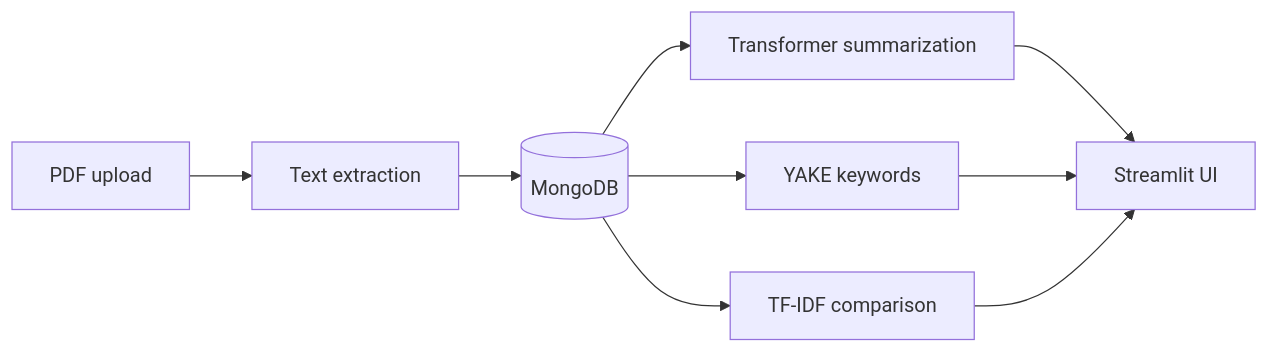
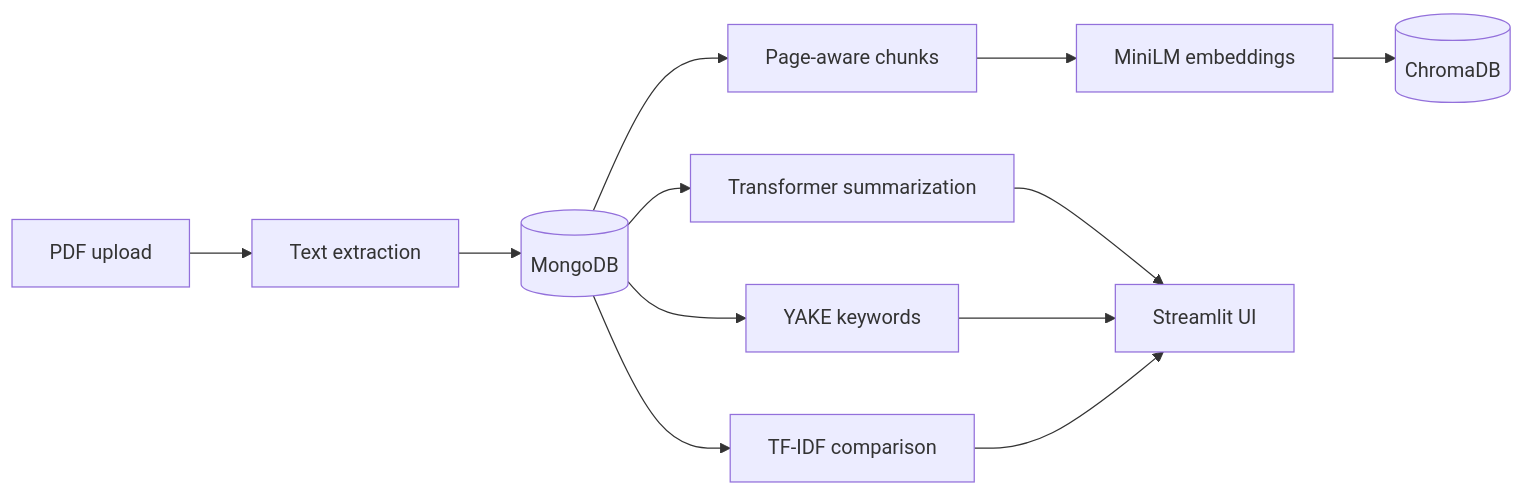
Before and after one commit to zakilbaki/paperpal-rag-assistant: the diagram in README.md, drawn with Mermaid. The commit also changed other lines of this file and 26 other files, not shown here.

````diff
--- a/README.md
+++ b/README.md
@@ -17,11 +20,14 @@
 ```mermaid
 flowchart LR
     A[PDF upload] --> B[Text extraction]
     B --> C[(MongoDB)]
+    C --> H[Page-aware chunks]
+    H --> I[MiniLM embeddings]
+    I --> J[(ChromaDB)]
     C --> D[Transformer summarization]
     C --> E[YAKE keywords]
     C --> F[TF-IDF comparison]
     D --> G[Streamlit UI]
     E --> G
     F --> G
 ```
````
